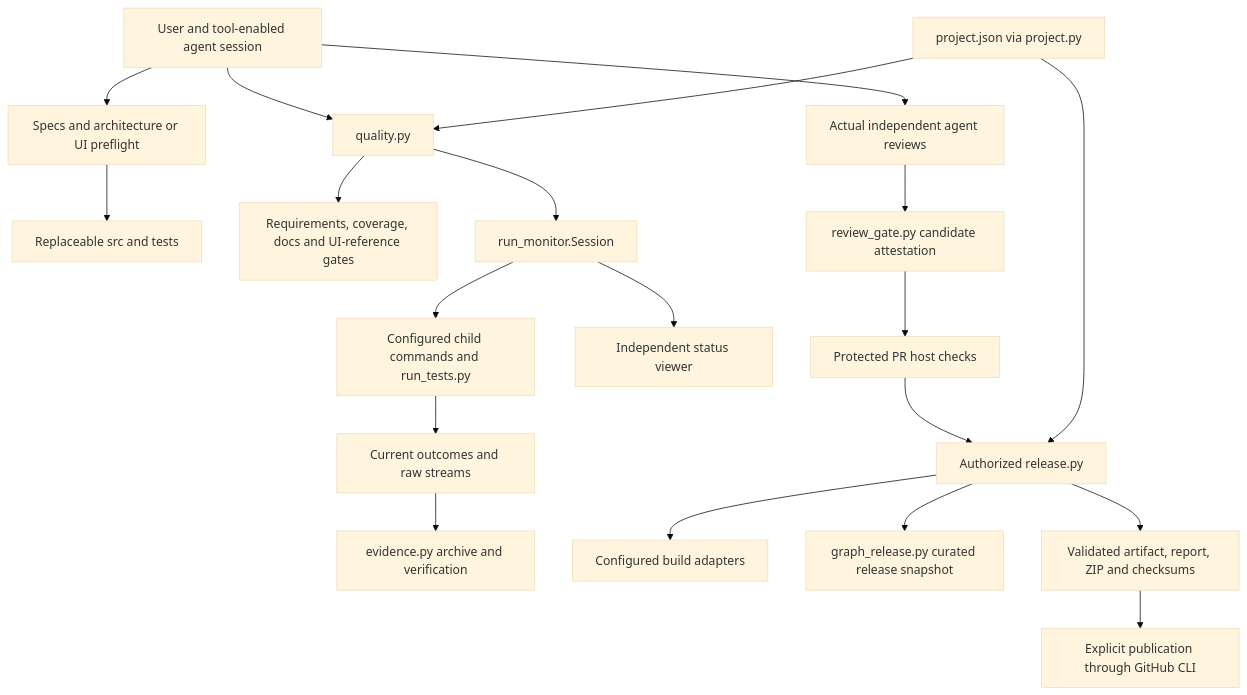
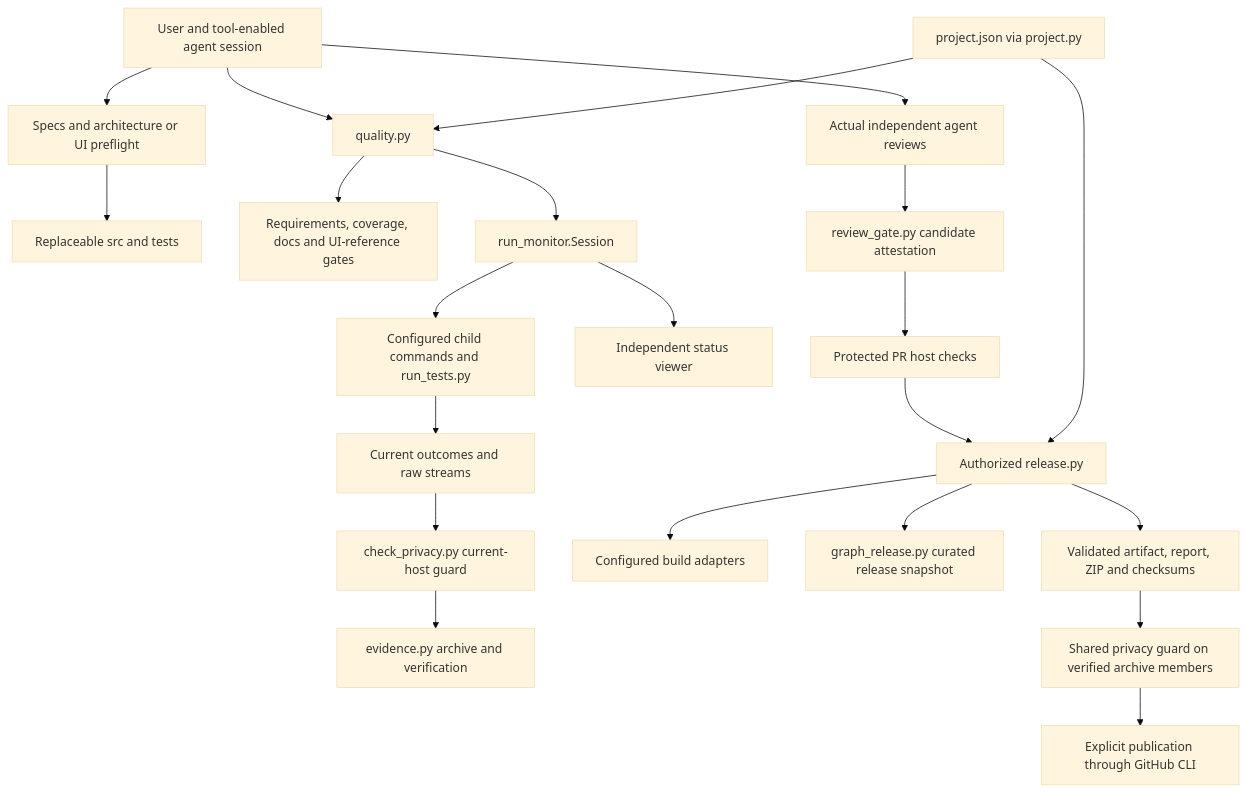
One commit to PhiLong-Ho/agent-dev-template changed the diagram in docs/architecture/README.md. Above: the diagram before and after it, drawn with Mermaid (base theme). The commit also changed other lines of this file and 20 other files, not shown here.

Commit message:
Guard verified release archive members before publication (#7)

````diff
--- a/docs/architecture/README.md
+++ b/docs/architecture/README.md
@@ -11,22 +11,24 @@
 ```mermaid
 flowchart TB
     Human[User and tool-enabled agent session] --> Spec[Specs and architecture or UI preflight]
     Spec --> Source[Replaceable src and tests]
     Human --> Quality[quality.py]
     Config[project.json via project.py] --> Quality
     Quality --> Gates[Requirements, coverage, docs and UI-reference gates]
     Quality --> Supervisor[run_monitor.Session]
     Supervisor --> Children[Configured child commands and run_tests.py]
     Children --> Raw[Current outcomes and raw streams]
     Supervisor --> Observer[Independent status viewer]
-    Raw --> Evidence[evidence.py archive and verification]
+    Raw --> Guard[check_privacy.py current-host guard]
+    Guard --> Evidence[evidence.py archive and verification]
     Human --> Reviews[Actual independent agent reviews]
     Reviews --> Gate[review_gate.py candidate attestation]
     Gate --> CI[Protected PR host checks]
     CI --> Release[Authorized release.py]
     Config --> Release
     Release --> Build[Configured build adapters]
     Release --> Graph[graph_release.py curated release snapshot]
     Release --> Assets[Validated artifact, report, ZIP and checksums]
-    Assets --> GitHub[Explicit publication through GitHub CLI]
+    Assets --> MemberGuard[Shared privacy guard on verified archive members]
+    MemberGuard --> GitHub[Explicit publication through GitHub CLI]
 ```
````
